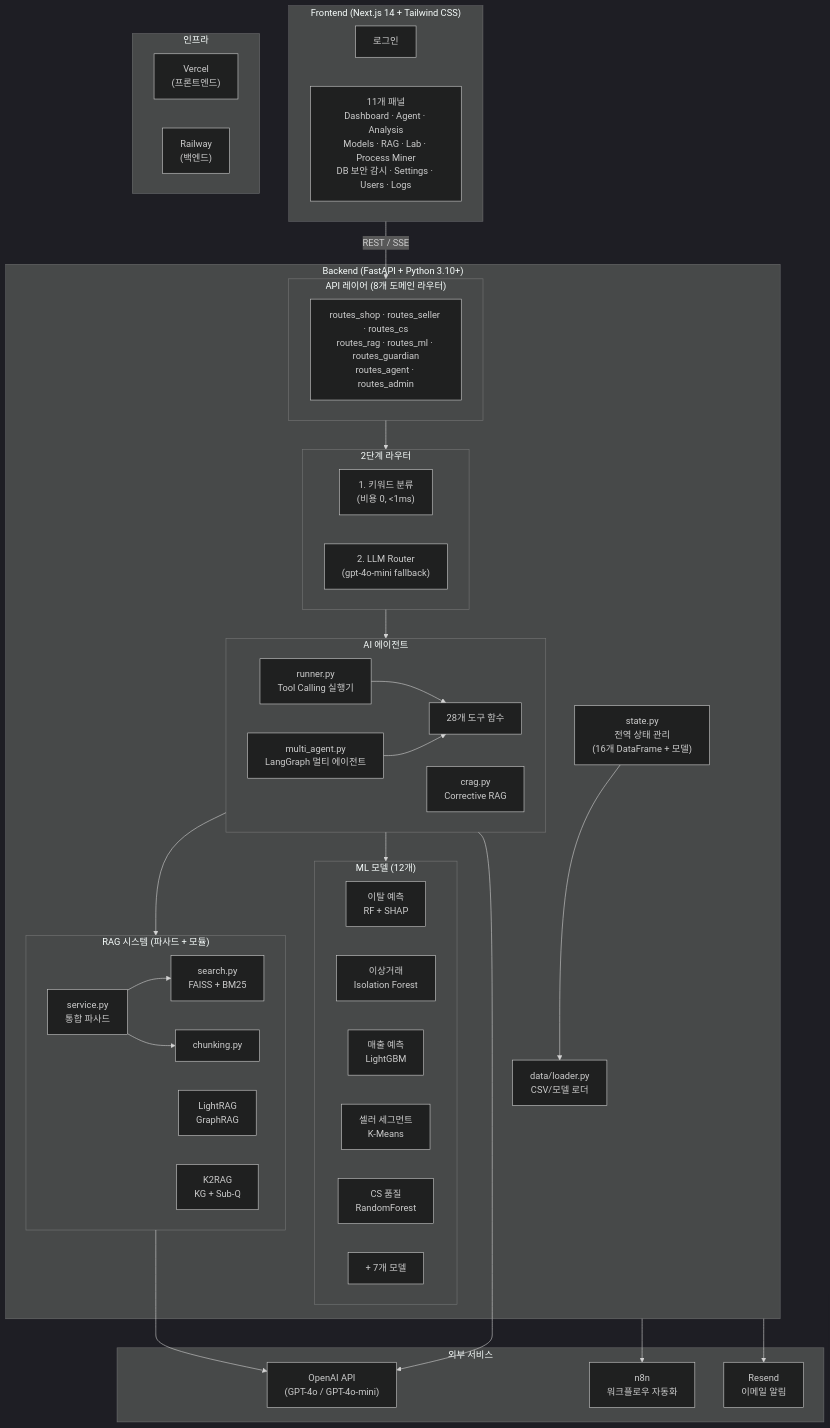
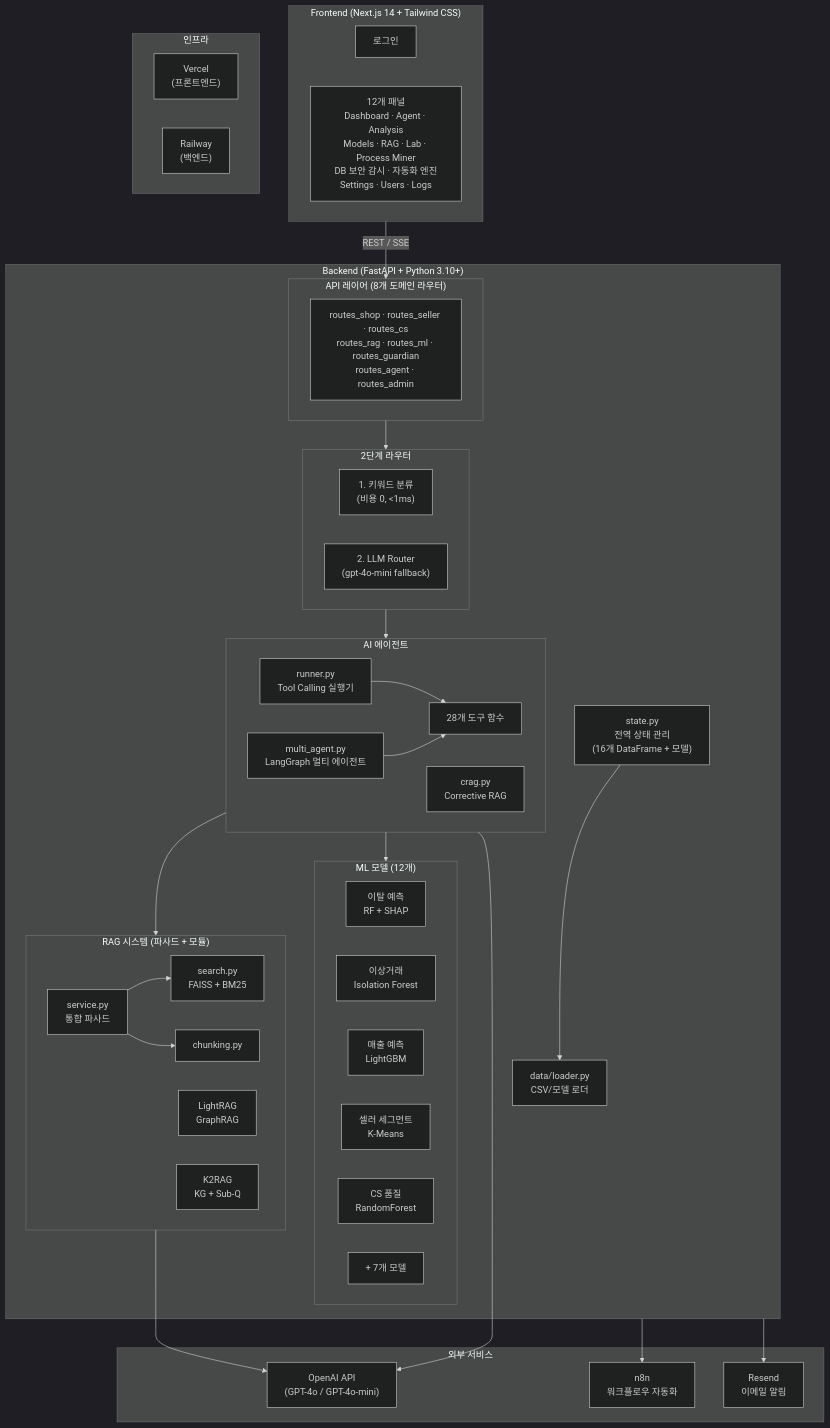
The first of 7 diagrams in README.md (ASNGG/cafe24-demo), drawn with Mermaid (dark theme) before and after one commit. The commit also changed other lines of this file, not shown here.

First line of the commit message:
docs: README v8.1.0 업데이트 - 자동화 엔진 반영

````diff
--- a/README.md
+++ b/README.md
@@ -93,71 +111,71 @@
 ```mermaid
 flowchart TB
     subgraph Frontend["Frontend (Next.js 14 + Tailwind CSS)"]
         Login[로그인]
-        Panels["11개 패널<br/>Dashboard · Agent · Analysis<br/>Models · RAG · Lab · Process Miner<br/>DB 보안 감시 · Settings · Users · Logs"]
+        Panels["12개 패널<br/>Dashboard · Agent · Analysis<br/>Models · RAG · Lab · Process Miner<br/>DB 보안 감시 · 자동화 엔진<br/>Settings · Users · Logs"]
     end
 
     subgraph Backend["Backend (FastAPI + Python 3.10+)"]
         subgraph API["API 레이어 (8개 도메인 라우터)"]
             Routes["routes_shop · routes_seller · routes_cs<br/>routes_rag · routes_ml · routes_guardian<br/>routes_agent · routes_admin"]
         end
 
         subgraph Router["2단계 라우터"]
             R1["1. 키워드 분류<br/>(비용 0, <1ms)"]
             R2["2. LLM Router<br/>(gpt-4o-mini fallback)"]
         end
 
         subgraph Agent["AI 에이전트"]
             Runner["runner.py<br/>Tool Calling 실행기"]
             MultiAgent["multi_agent.py<br/>LangGraph 멀티 에이전트"]
             Tools["28개 도구 함수"]
             CRAG["crag.py<br/>Corrective RAG"]
         end
 
         subgraph RAGSystem["RAG 시스템 (파사드 + 모듈)"]
             Service["service.py<br/>통합 파사드"]
             HybridRAG["search.py<br/>FAISS + BM25"]
             LightRAGNode["LightRAG<br/>GraphRAG"]
             K2RAGNode["K2RAG<br/>KG + Sub-Q"]
             Chunking["chunking.py"]
         end
 
         subgraph MLModels["ML 모델 (12개)"]
             Churn["이탈 예측<br/>RF + SHAP"]
             Fraud["이상거래<br/>Isolation Forest"]
             Revenue["매출 예측<br/>LightGBM"]
             Segment["셀러 세그먼트<br/>K-Means"]
             CSQuality["CS 품질<br/>RandomForest"]
             Others["+ 7개 모델"]
         end
 
         State["state.py<br/>전역 상태 관리<br/>(16개 DataFrame + 모델)"]
         DataLoader["data/loader.py<br/>CSV/모델 로더"]
     end
 
     subgraph External["외부 서비스"]
         OpenAI["OpenAI API<br/>(GPT-4o / GPT-4o-mini)"]
         n8n["n8n<br/>워크플로우 자동화"]
         Resend["Resend<br/>이메일 알림"]
     end
 
     subgraph Infra["인프라"]
         Vercel["Vercel<br/>(프론트엔드)"]
         Railway["Railway<br/>(백엔드)"]
     end
 
     Frontend -->|"REST / SSE"| API
     API --> Router
     Router --> Agent
     Agent --> RAGSystem
     Agent --> MLModels
     Agent --> OpenAI
     Service --> HybridRAG
     Service --> Chunking
     RAGSystem --> OpenAI
     Runner --> Tools
     MultiAgent --> Tools
     Backend --> n8n
     Backend --> Resend
     State --> DataLoader
 ```
````
